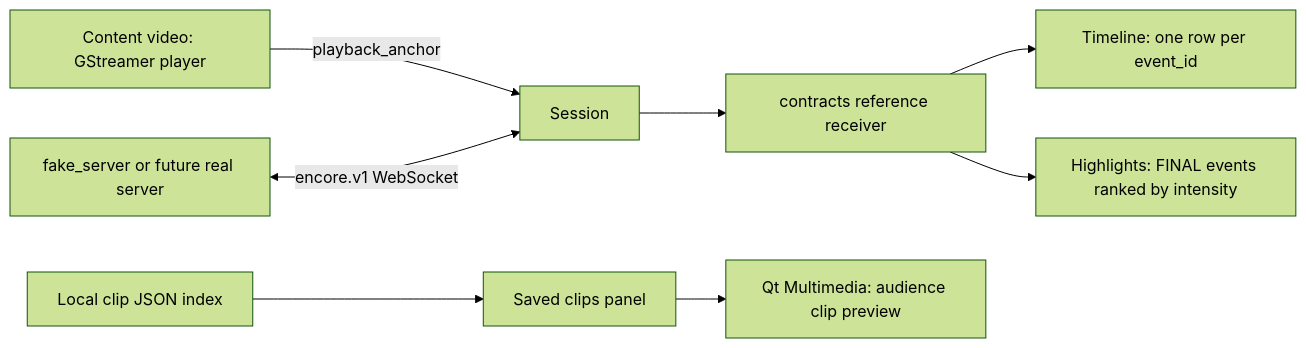
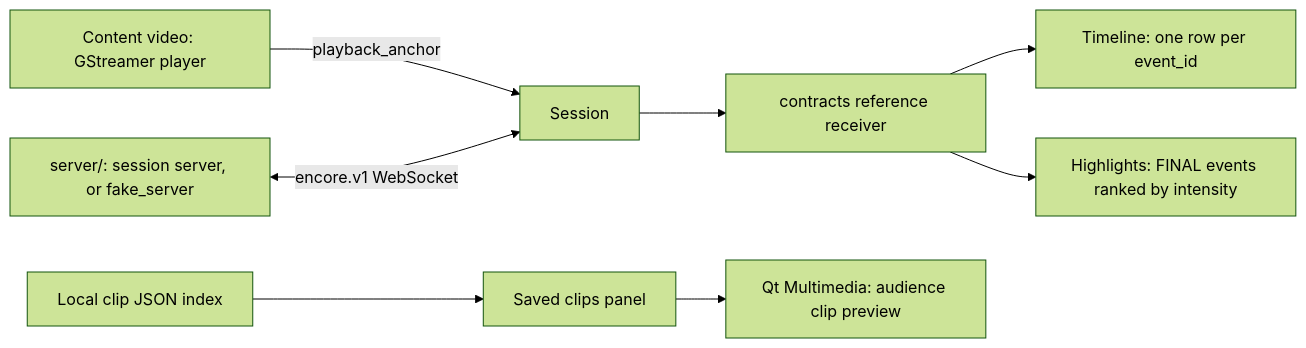
The diagram in docs/architecture.md (SWE-encore/encoremoment), drawn with Mermaid (forest theme) before and after one commit. The commit also changed other lines of this file and 18 other files, not shown here.

First line of the commit message:
Add the session server with YAMNet reaction events

````diff
--- a/docs/architecture.md
+++ b/docs/architecture.md
@@ -12,10 +12,10 @@
 ```mermaid
 flowchart LR
     P[Content video: GStreamer player] -->|playback_anchor| S[Session]
-    F[fake_server or future real server] <-->|encore.v1 WebSocket| S
+    F[server/: session server, or fake_server] <-->|encore.v1 WebSocket| S
     S --> R[contracts reference receiver]
     R --> T[Timeline: one row per event_id]
     R --> H[Highlights: FINAL events ranked by intensity]
     I[Local clip JSON index] --> C[Saved clips panel]
     C --> Q[Qt Multimedia: audience clip preview]
 ```
````
